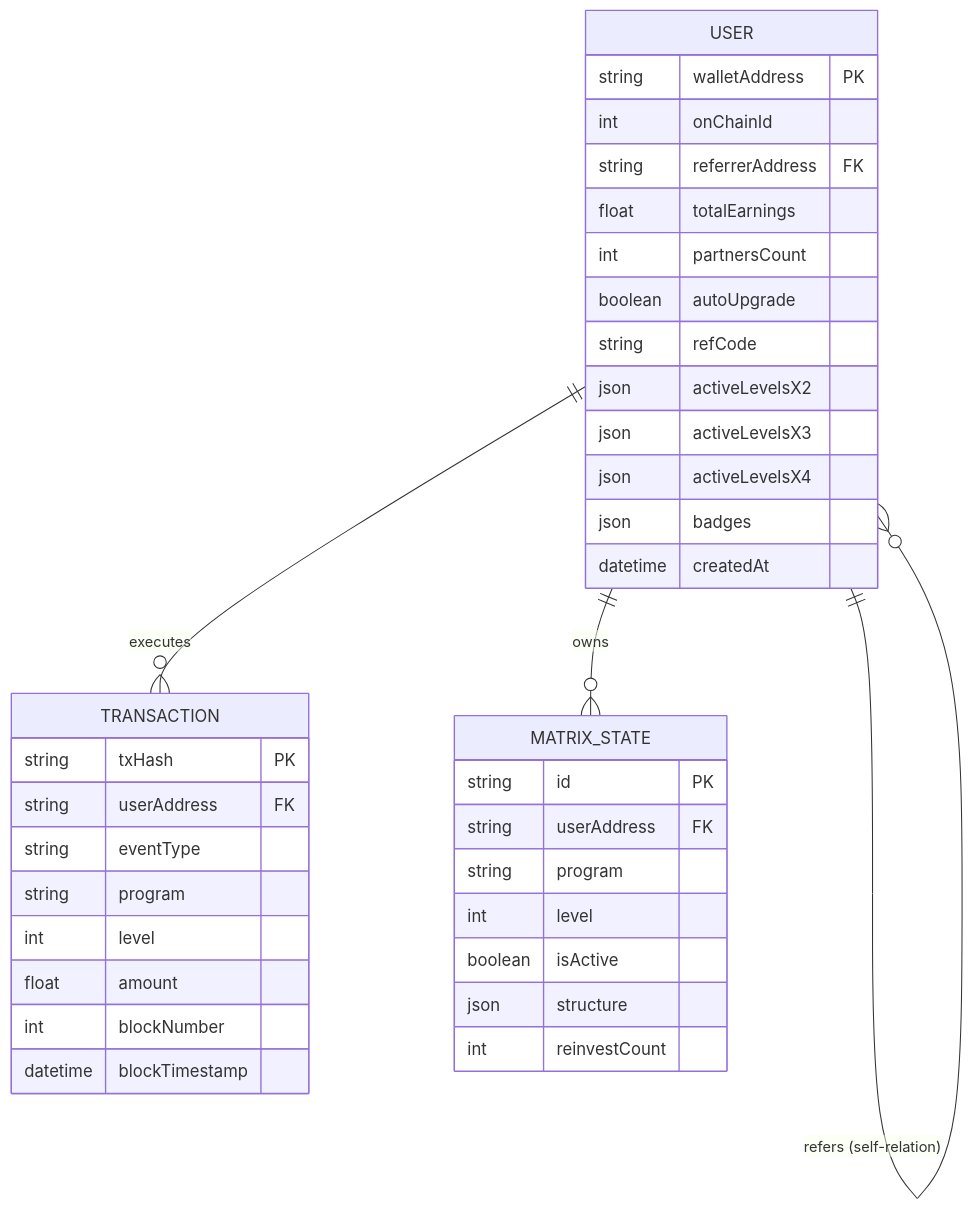
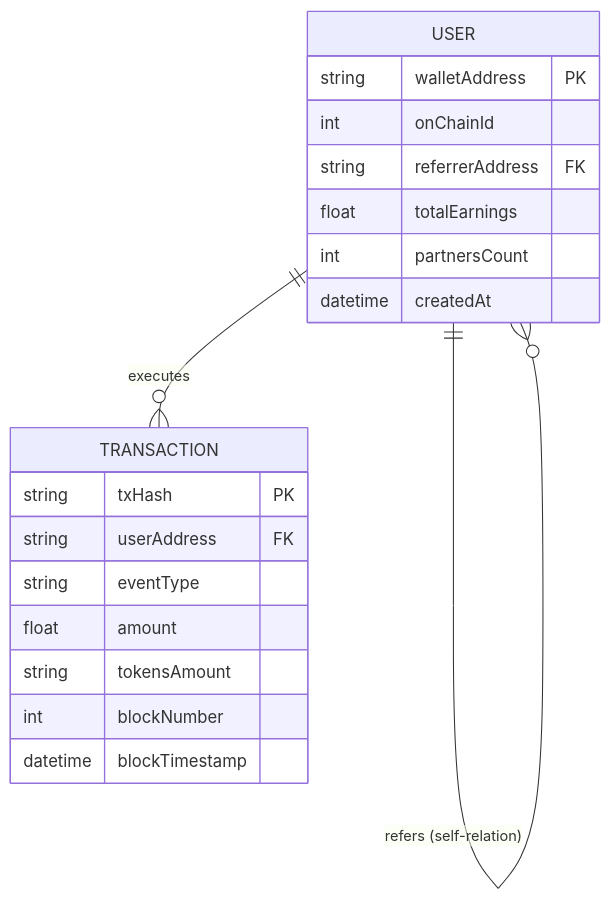
The second of 2 diagrams in backend/README.md (CHIRAYU-365/OXIDEX), drawn with Mermaid before and after one commit. The commit also changed other lines of this file and 5 other files, not shown here.

````diff
--- a/backend/README.md
+++ b/backend/README.md
@@ -60,42 +59,24 @@
 ```mermaid
 erDiagram
     USER {
         string walletAddress PK
         int onChainId
         string referrerAddress FK
         float totalEarnings
         int partnersCount
-        boolean autoUpgrade
-        string refCode
-        json activeLevelsX2
-        json activeLevelsX3
-        json activeLevelsX4
-        json badges
         datetime createdAt
     }
     
     TRANSACTION {
         string txHash PK
         string userAddress FK
         string eventType
-        string program
-        int level
         float amount
+        string tokensAmount
         int blockNumber
         datetime blockTimestamp
     }
     
-    MATRIX_STATE {
-        string id PK
-        string userAddress FK
-        string program
-        int level
-        boolean isActive
-        json structure
-        int reinvestCount
-    }
-
     USER ||--o{ TRANSACTION : "executes"
-    USER ||--o{ MATRIX_STATE : "owns"
     USER ||--o{ USER : "refers (self-relation)"
 ```
````
